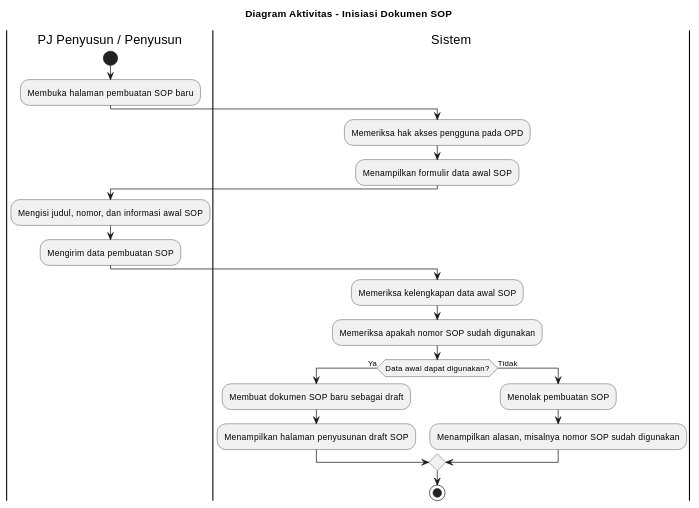
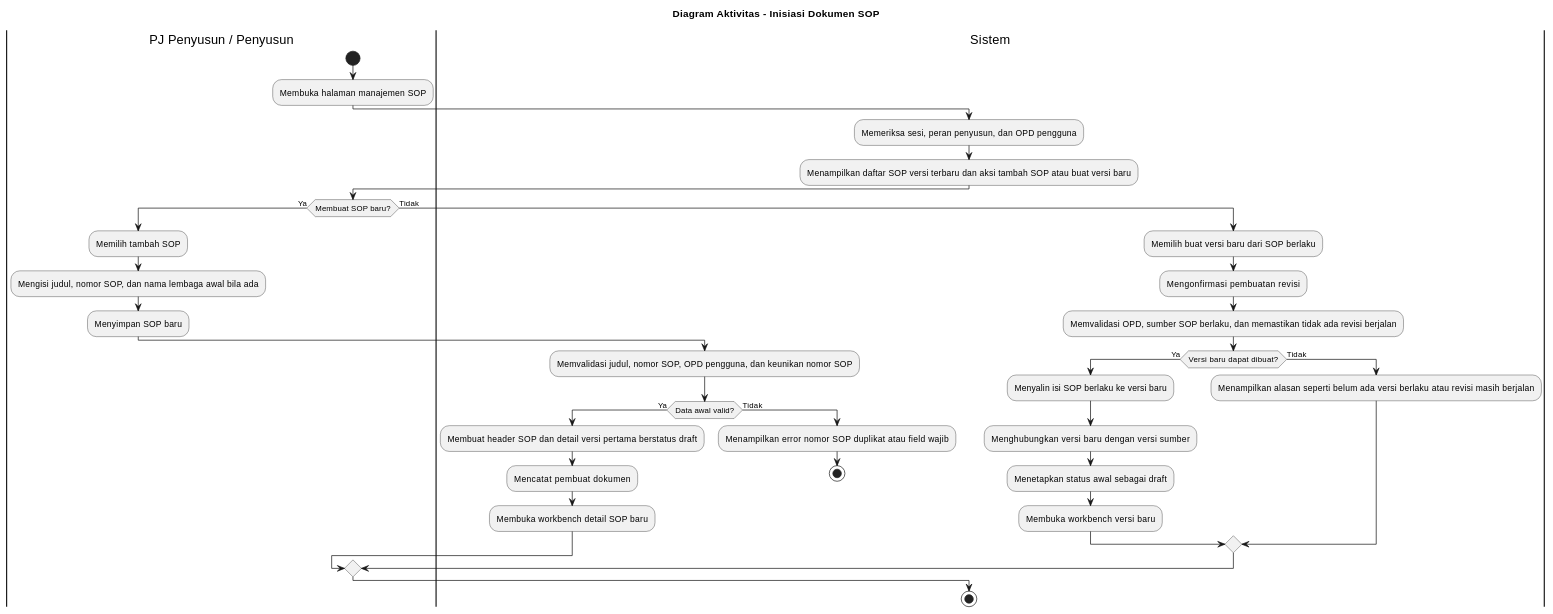
The diagram in docs/activity-diagram/lampiran/pj-penyusun-penyusun-inisiasi-dokumen-sop.md (howlil/sop-generate-app), drawn with PlantUML before and after one commit. The commit also changed other lines of this file and 90 other files, not shown here.

````diff
--- a/docs/activity-diagram/lampiran/pj-penyusun-penyusun-inisiasi-dokumen-sop.md
+++ b/docs/activity-diagram/lampiran/pj-penyusun-penyusun-inisiasi-dokumen-sop.md
@@ -16,30 +16,49 @@
 ```plantuml
 @startuml
 title Diagram Aktivitas - Inisiasi Dokumen SOP
 
 |PJ Penyusun / Penyusun|
 start
-:Membuka halaman pembuatan SOP baru;
+:Membuka halaman manajemen SOP;
 
 |Sistem|
-:Memeriksa hak akses pengguna pada OPD;
-:Menampilkan formulir data awal SOP;
+:Memeriksa sesi, peran penyusun, dan OPD pengguna;
+:Menampilkan daftar SOP versi terbaru dan aksi tambah SOP atau buat versi baru;
 
 |PJ Penyusun / Penyusun|
-:Mengisi judul, nomor, dan informasi awal SOP;
-:Mengirim data pembuatan SOP;
+if (Membuat SOP baru?) then (Ya)
+  :Memilih tambah SOP;
+  :Mengisi judul, nomor SOP, dan nama lembaga awal bila ada;
+  :Menyimpan SOP baru;
 
-|Sistem|
-:Memeriksa kelengkapan data awal SOP;
-:Memeriksa apakah nomor SOP sudah digunakan;
-if (Data awal dapat digunakan?) then (Ya)
-  :Membuat dokumen SOP baru sebagai draft;
-  :Menampilkan halaman penyusunan draft SOP;
+  |Sistem|
+  :Memvalidasi judul, nomor SOP, OPD pengguna, dan keunikan nomor SOP;
+
+  if (Data awal valid?) then (Ya)
+    :Membuat header SOP dan detail versi pertama berstatus draft;
+    :Mencatat pembuat dokumen;
+    :Membuka workbench detail SOP baru;
+  else (Tidak)
+    :Menampilkan error nomor SOP duplikat atau field wajib;
+    stop
+  endif
 else (Tidak)
-  :Menolak pembuatan SOP;
-  :Menampilkan alasan, misalnya nomor SOP sudah digunakan;
+  :Memilih buat versi baru dari SOP berlaku;
+  :Mengonfirmasi pembuatan revisi;
+
+  |Sistem|
+  :Memvalidasi OPD, sumber SOP berlaku, dan memastikan tidak ada revisi berjalan;
+
+  if (Versi baru dapat dibuat?) then (Ya)
+    :Menyalin isi SOP berlaku ke versi baru;
+    :Menghubungkan versi baru dengan versi sumber;
+    :Menetapkan status awal sebagai draft;
+    :Membuka workbench versi baru;
+  else (Tidak)
+    :Menampilkan alasan seperti belum ada versi berlaku atau revisi masih berjalan;
+  endif
 endif
 
 stop
 @enduml
 ```
````
